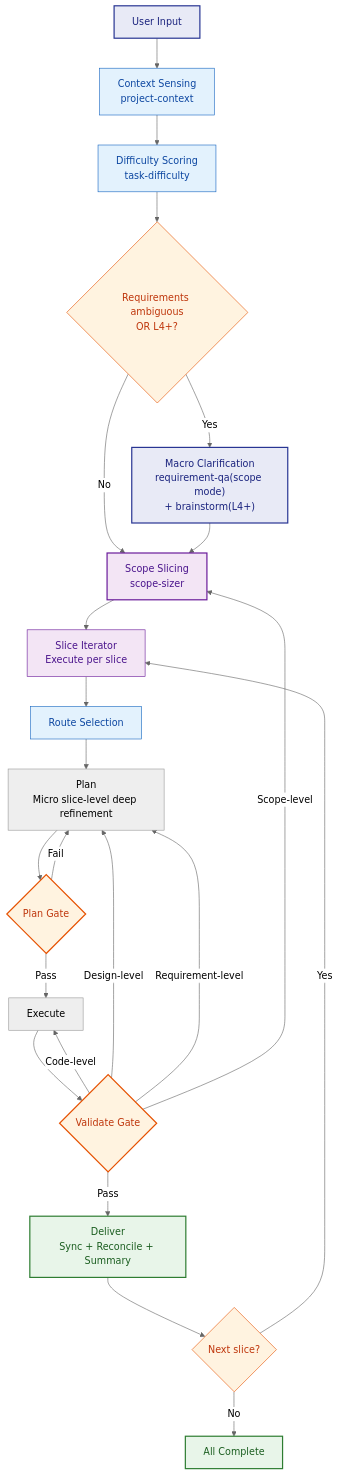
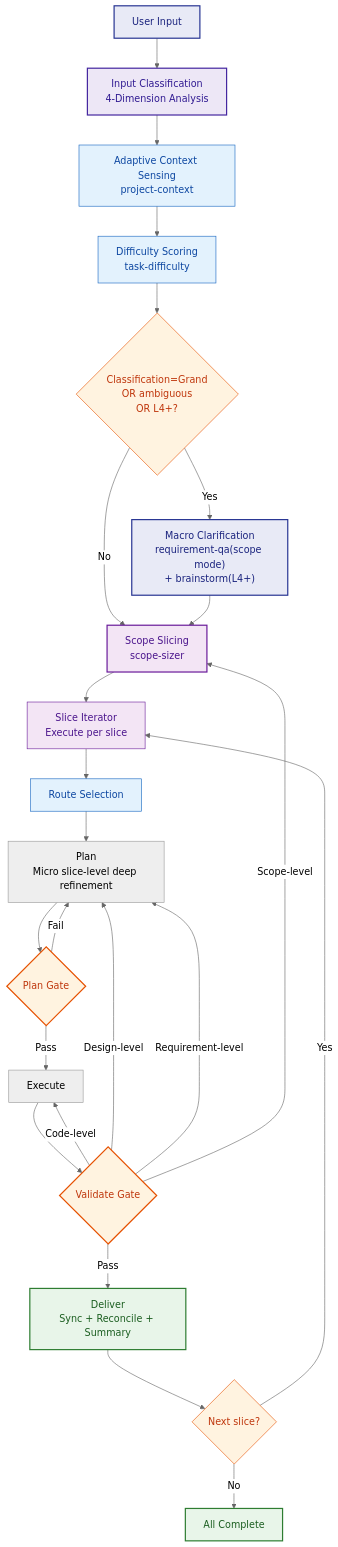
The first of 7 diagrams in skills-en/orchestrator/SKILL.md (YuluoY/Ironweave), drawn with Mermaid (neutral theme) before and after one commit. The commit also changed other lines of this file and 20 other files, not shown here.

````diff
--- a/skills-en/orchestrator/SKILL.md
+++ b/skills-en/orchestrator/SKILL.md
@@ -17,38 +26,40 @@
 ```mermaid
 graph TB
-    INPUT["User Input"] --> CTX["Context Sensing<br>project-context"]
+    INPUT["User Input"] --> CLASS["Input Classification<br>4-Dimension Analysis"]
+    CLASS --> CTX["Adaptive Context Sensing<br>project-context"]
     CTX --> SCORE["Difficulty Scoring<br>task-difficulty"]
-    SCORE --> NEED_CL{"Requirements ambiguous<br>OR L4+?"}
+    SCORE --> NEED_CL{"Classification=Grand<br>OR ambiguous<br>OR L4+?"}
     NEED_CL -->|"Yes"| CLARIFY["Macro Clarification<br>requirement-qa(scope mode)<br>+ brainstorm(L4+)"]
     NEED_CL -->|"No"| SLICE
     CLARIFY --> SLICE["Scope Slicing<br>scope-sizer"]
     SLICE --> LOOP["Slice Iterator<br>Execute per slice"]
     LOOP --> ROUTE["Route Selection"]
     ROUTE --> PLAN["Plan<br>Micro slice-level deep refinement"]
     PLAN --> GATE_P{"Plan Gate"}
     GATE_P -->|"Pass"| EXEC["Execute"]
     GATE_P -->|"Fail"| PLAN
     EXEC --> GATE_V{"Validate Gate"}
     GATE_V -->|"Pass"| DELIVER["Deliver<br>Sync + Reconcile + Summary"]
     GATE_V -->|"Code-level"| EXEC
     GATE_V -->|"Design-level"| PLAN
     GATE_V -->|"Requirement-level"| PLAN
     GATE_V -->|"Scope-level"| SLICE
     DELIVER --> NEXT{"Next slice?"}
     NEXT -->|"Yes"| LOOP
     NEXT -->|"No"| DONE["All Complete"]
 
     style INPUT fill:#e8eaf6,stroke:#283593,color:#1a237e,stroke-width:2px
+    style CLASS fill:#ede7f6,stroke:#4527a0,color:#311b92,stroke-width:2px
     style CTX fill:#e3f2fd,stroke:#1565c0,color:#0d47a1
     style SCORE fill:#e3f2fd,stroke:#1565c0,color:#0d47a1
     style NEED_CL fill:#fff3e0,stroke:#e65100,color:#bf360c
     style CLARIFY fill:#e8eaf6,stroke:#283593,color:#1a237e,stroke-width:2px
     style SLICE fill:#f3e5f5,stroke:#6a1b9a,color:#4a148c,stroke-width:2px
     style LOOP fill:#f3e5f5,stroke:#6a1b9a,color:#4a148c
     style ROUTE fill:#e3f2fd,stroke:#1565c0,color:#0d47a1
     style GATE_P fill:#fff3e0,stroke:#e65100,color:#bf360c,stroke-width:2px
     style GATE_V fill:#fff3e0,stroke:#e65100,color:#bf360c,stroke-width:2px
     style DELIVER fill:#e8f5e9,stroke:#2e7d32,color:#1b5e20,stroke-width:2px
     style NEXT fill:#fff3e0,stroke:#e65100,color:#bf360c
     style DONE fill:#e8f5e9,stroke:#2e7d32,color:#1b5e20,stroke-width:2px
 ```
````
